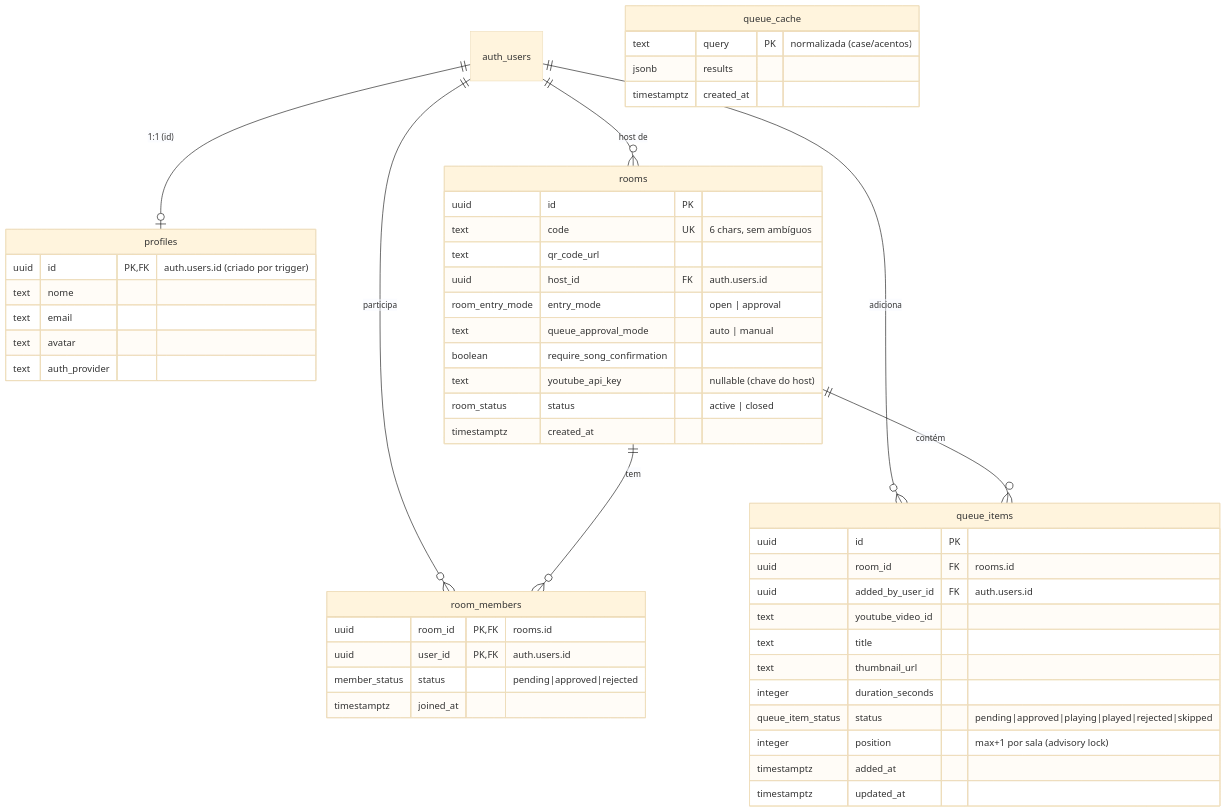
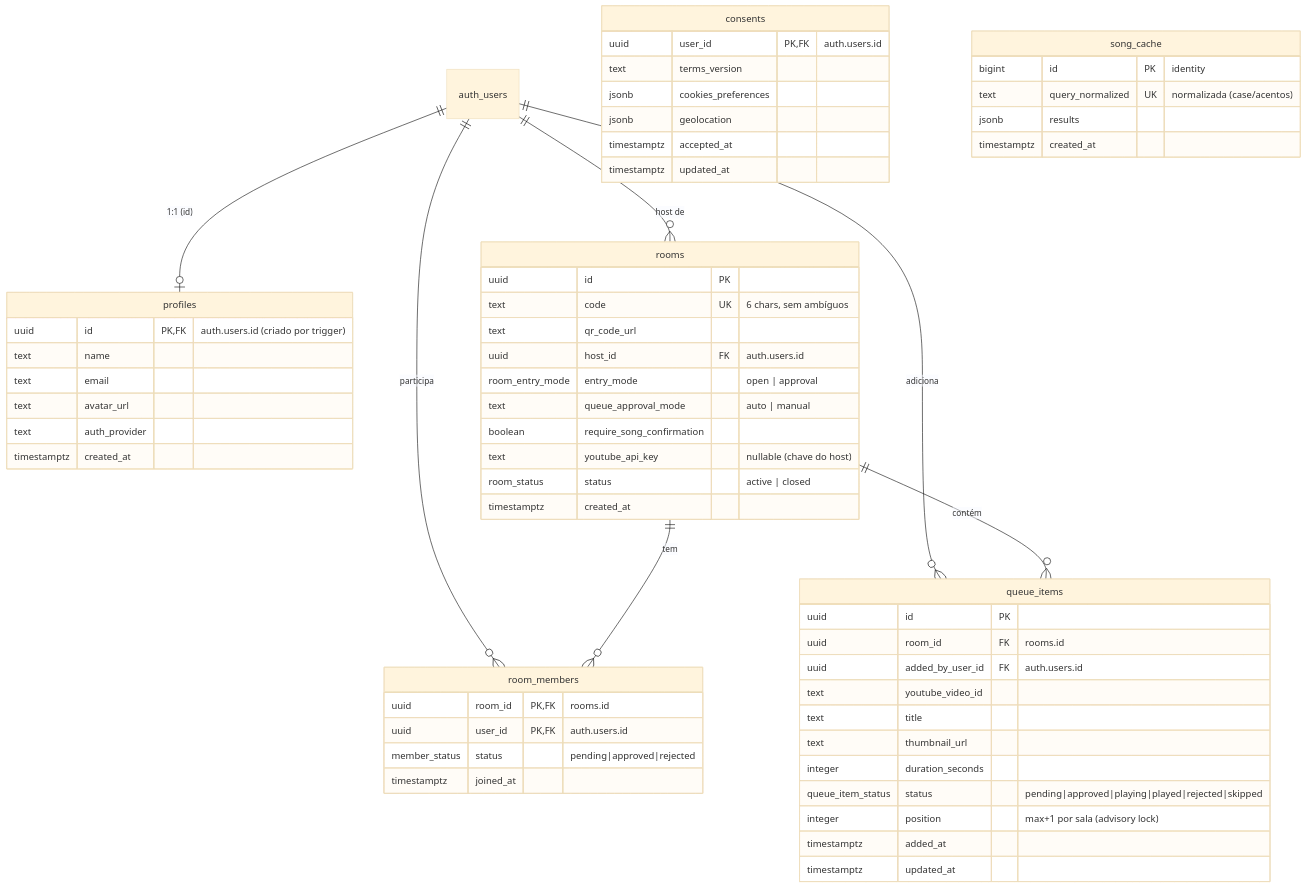
The first of 5 diagrams in docs/flows/banco-de-dados.md (cavalcanteprofissional/karaoke-flow), drawn with Mermaid (base theme) before and after one commit. The commit also changed other lines of this file and 8 other files, not shown here.

First line of the commit message:
docs: conclui MANIFEST §6, registra ciência de dados e alinha docs/flows ao MVP

````diff
--- a/docs/flows/banco-de-dados.md
+++ b/docs/flows/banco-de-dados.md
@@ -9,57 +9,68 @@
 ```mermaid
 erDiagram
     auth_users ||--o| profiles : "1:1 (id)"
     auth_users ||--o{ rooms : "host de"
     auth_users ||--o{ room_members : "participa"
     auth_users ||--o{ queue_items : "adiciona"
 
     rooms ||--o{ room_members : "tem"
     rooms ||--o{ queue_items : "contém"
     rooms {
         uuid id PK
         text code UK "6 chars, sem ambíguos"
         text qr_code_url
         uuid host_id FK "auth.users.id"
         room_entry_mode entry_mode "open | approval"
         text queue_approval_mode "auto | manual"
         boolean require_song_confirmation
         text youtube_api_key "nullable (chave do host)"
         room_status status "active | closed"
         timestamptz created_at
     }
 
     room_members {
         uuid room_id PK,FK "rooms.id"
         uuid user_id PK,FK "auth.users.id"
         member_status status "pending|approved|rejected"
         timestamptz joined_at
     }
 
     queue_items {
         uuid id PK
         uuid room_id FK "rooms.id"
         uuid added_by_user_id FK "auth.users.id"
         text youtube_video_id
         text title
         text thumbnail_url
         integer duration_seconds
         queue_item_status status "pending|approved|playing|played|rejected|skipped"
         integer position "max+1 por sala (advisory lock)"
         timestamptz added_at
         timestamptz updated_at
     }
 
     profiles {
         uuid id PK,FK "auth.users.id (criado por trigger)"
-        text nome
+        text name
         text email
-        text avatar
+        text avatar_url
         text auth_provider
+        timestamptz created_at
     }
 
-    queue_cache {
-        text query PK "normalizada (case/acentos)"
+    consents {
+        uuid user_id PK,FK "auth.users.id"
+        text terms_version
+        jsonb cookies_preferences
+        jsonb geolocation
+        timestamptz accepted_at
+        timestamptz updated_at
+    }
+
+    song_cache {
+        bigint id PK "identity"
+        text query_normalized UK "normalizada (case/acentos)"
         jsonb results
         timestamptz created_at
     }
 ```
````
